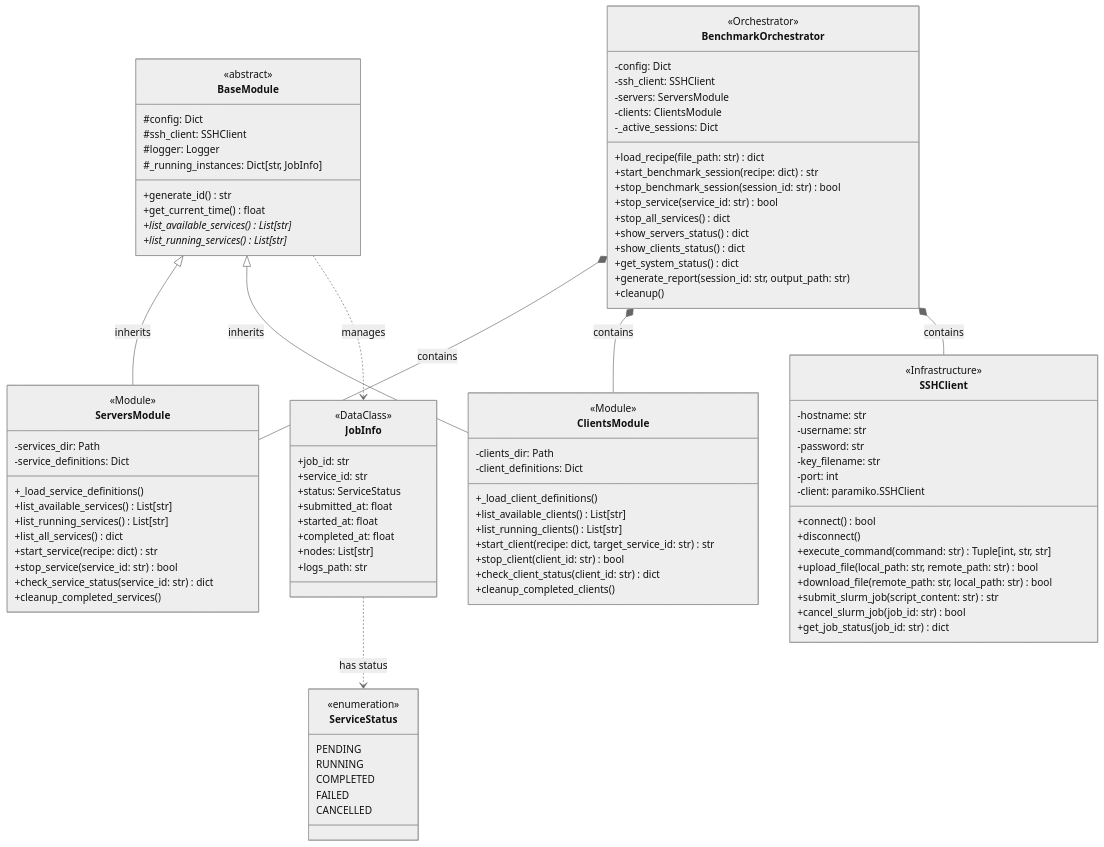
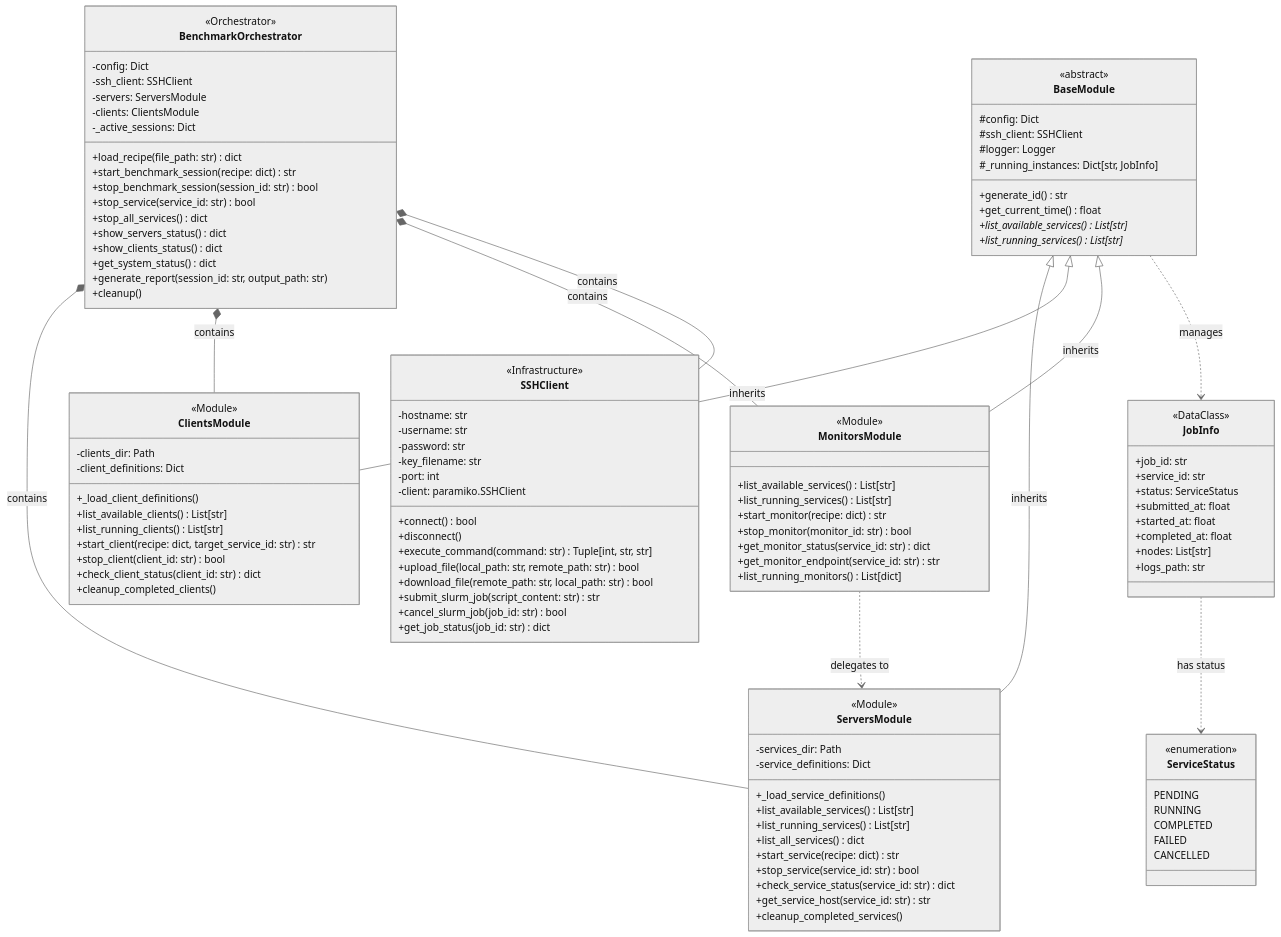
One commit to ChrisKarg/team10_EUMASTER4HPC2526_challenge changed the third of 8 diagrams in docs/ARCHITECTURE_DOCUMENTATION.md. Above: the diagram before and after it, drawn with Mermaid (neutral theme). The commit also changed other lines of this file and 11 other files, not shown here.

Commit message:
Added basic Prometheus service to monitor other services

````diff
--- a/docs/ARCHITECTURE_DOCUMENTATION.md
+++ b/docs/ARCHITECTURE_DOCUMENTATION.md
@@ -182,6 +198,7 @@
         +start_service(recipe: dict) str
         +stop_service(service_id: str) bool
         +check_service_status(service_id: str) dict
+        +get_service_host(service_id: str) str
         +cleanup_completed_services()
     }
     
@@ -197,6 +214,18 @@
         +stop_client(client_id: str) bool
         +check_client_status(client_id: str) dict
         +cleanup_completed_clients()
+    }
+    
+    %% Monitoring Management
+    class MonitorsModule {
+        <<Module>>
+        +list_available_services() List[str]
+        +list_running_services() List[str]
+        +start_monitor(recipe: dict) str
+        +stop_monitor(monitor_id: str) bool
+        +get_monitor_status(service_id: str) dict
+        +get_monitor_endpoint(service_id: str) str
+        +list_running_monitors() List[dict]
     }
     
     %% Infrastructure Layer
@@ -243,13 +272,16 @@
     %% Inheritance Relationships
     BaseModule <|-- ServersModule : inherits
     BaseModule <|-- ClientsModule : inherits
+    BaseModule <|-- MonitorsModule : inherits
     
     %% Composition Relationships
     BenchmarkOrchestrator *-- ServersModule : contains
     BenchmarkOrchestrator *-- ClientsModule : contains
+    BenchmarkOrchestrator *-- MonitorsModule : contains
     BenchmarkOrchestrator *-- SSHClient : contains
     
     %% Dependency Relationships
     BaseModule ..> JobInfo : manages
     JobInfo ..> ServiceStatus : has status
+    MonitorsModule ..> ServersModule : delegates to
 ```
````
